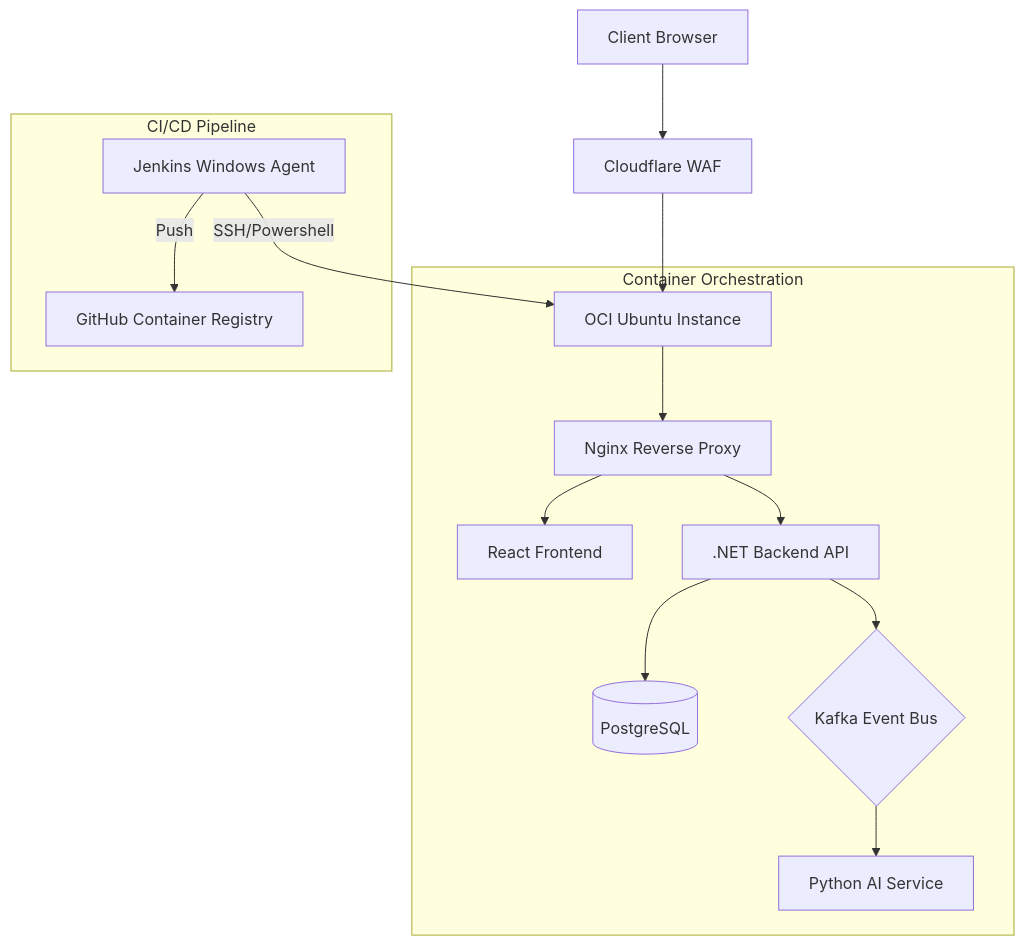
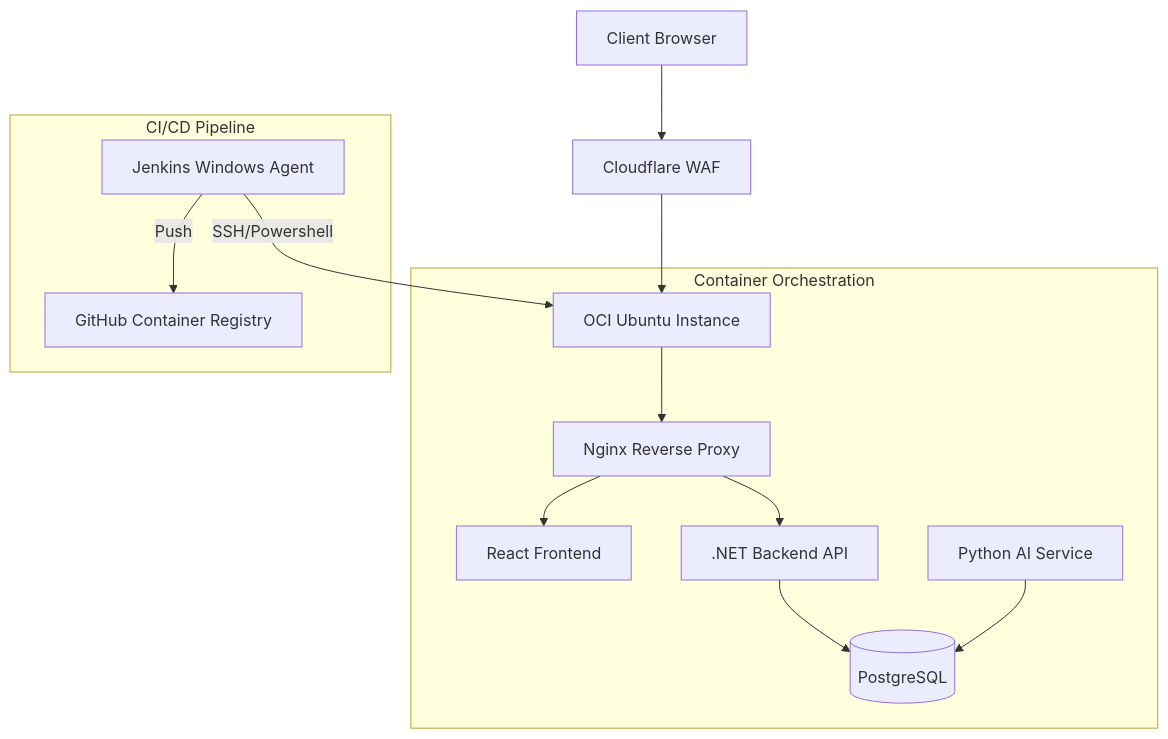
One commit to OdysseasKalaitsidis/MyIonio_MonoRepo changed the diagram in README.md. Above: the diagram before and after it, drawn with Mermaid. The commit also changed other lines of this file and 107 other files, not shown here.

````diff
--- a/README.md
+++ b/README.md
@@ -28,19 +27,18 @@
 ```mermaid
 graph TD
     Client[Client Browser] --> CF[Cloudflare WAF]
     CF --> VPS[OCI Ubuntu Instance]
     
     subgraph "Container Orchestration"
         VPS --> Nginx[Nginx Reverse Proxy]
         Nginx --> FE[React Frontend]
         Nginx --> BE[.NET Backend API]
         BE --> DB[(PostgreSQL)]
-        BE --> Kafka{Kafka Event Bus}
-        Kafka --> AI[Python AI Service]
+        AI[Python AI Service] --> DB
     end
 
     subgraph "CI/CD Pipeline"
         Jenkins[Jenkins Windows Agent] -->|SSH/Powershell| VPS
         Jenkins -->|Push| GHCR[GitHub Container Registry]
     end
 ```
````
